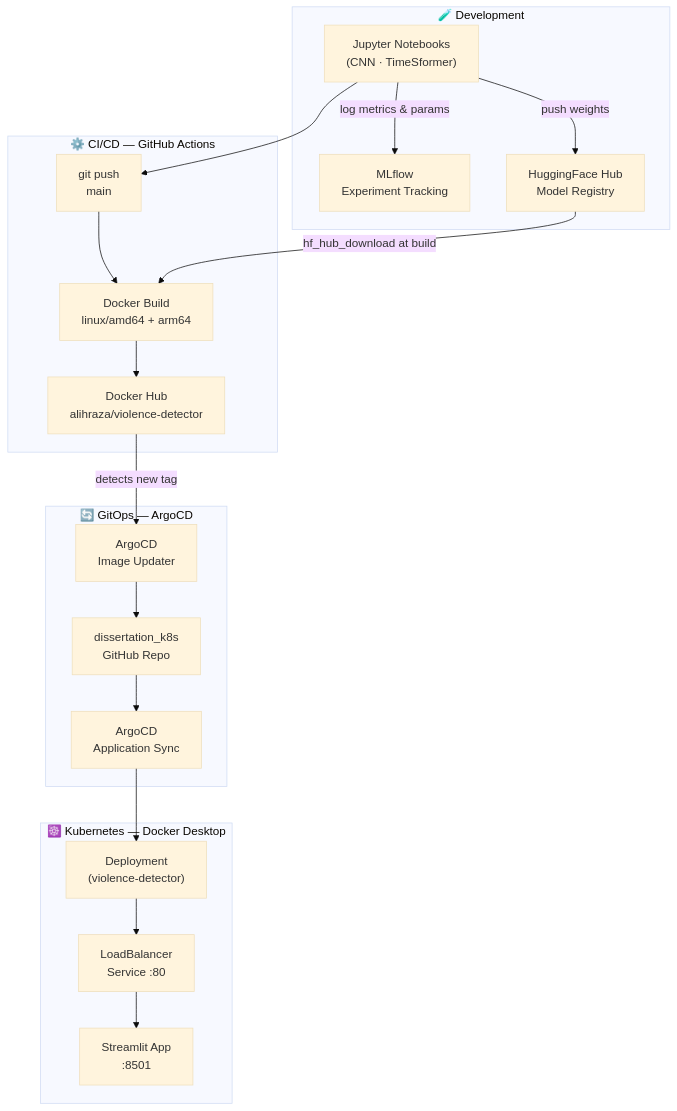
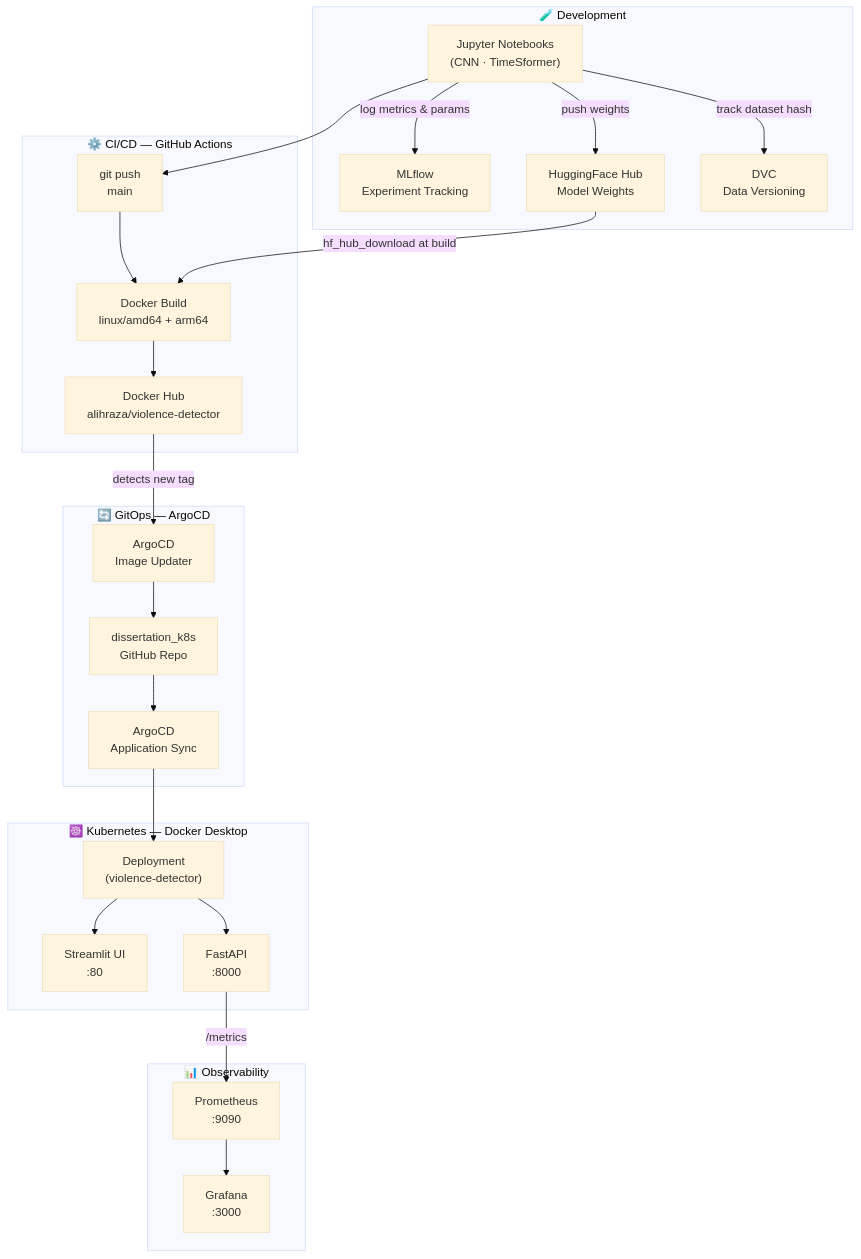
Before and after one commit to alihraza099/lsbu_dissertation: the diagram in README.md, drawn with Mermaid (base theme). The commit also changed other lines of this file, not shown here.

Commit message:
docs: update README with FastAPI, Prometheus/Grafana, and DVC sections

````diff
--- a/README.md
+++ b/README.md
@@ -15,34 +15,44 @@
 ```mermaid
 flowchart TD
     subgraph DEV["🧪 Development"]
         NB["Jupyter Notebooks\n(CNN · TimeSformer)"]
         MLF["MLflow\nExperiment Tracking"]
-        HF["HuggingFace Hub\nModel Registry"]
+        HF["HuggingFace Hub\nModel Weights"]
+        DVC["DVC\nData Versioning"]
         NB -->|log metrics & params| MLF
         NB -->|push weights| HF
+        NB -->|track dataset hash| DVC
     end
 
     subgraph CICD["⚙️ CI/CD — GitHub Actions"]
         GH["git push\nmain"]
         BUILD["Docker Build\nlinux/amd64 + arm64"]
         DH["Docker Hub\nalihraza/violence-detector"]
         GH --> BUILD --> DH
     end
 
     subgraph GITOPS["🔄 GitOps — ArgoCD"]
         IU["ArgoCD\nImage Updater"]
         REPO["dissertation_k8s\nGitHub Repo"]
         ARGO["ArgoCD\nApplication Sync"]
         DH -->|detects new tag| IU --> REPO --> ARGO
     end
 
     subgraph K8S["☸️ Kubernetes — Docker Desktop"]
         DEP["Deployment\n(violence-detector)"]
-        SVC["LoadBalancer\nService :80"]
-        APP["Streamlit App\n:8501"]
-        ARGO --> DEP --> SVC --> APP
+        UI["Streamlit UI\n:80"]
+        API["FastAPI\n:8000"]
+        ARGO --> DEP
+        DEP --> UI
+        DEP --> API
+    end
+
+    subgraph OBS["📊 Observability"]
+        PROM["Prometheus\n:9090"]
+        GRAF["Grafana\n:3000"]
+        API -->|/metrics| PROM --> GRAF
     end
 
     NB --> GH
     HF -->|hf_hub_download at build| BUILD
 ```
````
